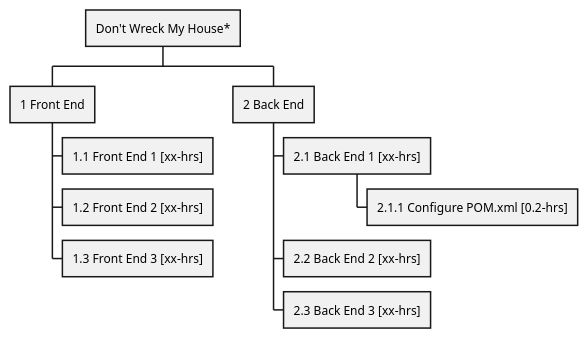
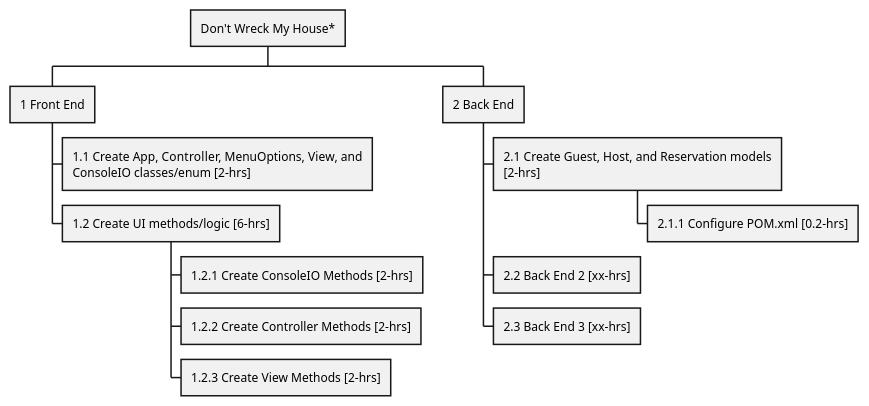
One commit to Miro-Stojanovic97/mirostoj-exercises-assessments changed the second of 3 diagrams in week-05/DontWreckMyHouse/README.md. Above: the diagram before and after it, drawn with PlantUML. The commit also changed other lines of this file and 22 other files, not shown here.

Commit message:
Updating classes and adding methods

````diff
--- a/week-05/DontWreckMyHouse/README.md
+++ b/week-05/DontWreckMyHouse/README.md
@@ -162,19 +168,21 @@
 ```plantuml
 @startwbs
 <style>
 node {
 MaximumWidth 300
 }
 </style>
 * Don't Wreck My House*
 ** 1 Front End
-*** 1.1 Front End 1 [xx-hrs]
-*** 1.2 Front End 2 [xx-hrs]
-*** 1.3 Front End 3 [xx-hrs]
+*** 1.1 Create App, Controller, MenuOptions, View, and ConsoleIO classes/enum [2-hrs]
+*** 1.2 Create UI methods/logic [6-hrs]
+**** 1.2.1 Create ConsoleIO Methods [2-hrs]
+**** 1.2.2 Create Controller Methods [2-hrs]
+**** 1.2.3 Create View Methods [2-hrs]
 ** 2 Back End
-*** 2.1 Back End 1 [xx-hrs]
+*** 2.1 Create Guest, Host, and Reservation models [2-hrs]
 **** 2.1.1 Configure POM.xml [0.2-hrs]
 *** 2.2 Back End 2 [xx-hrs]
 *** 2.3 Back End 3 [xx-hrs]
 @endwbs
 ```
````
